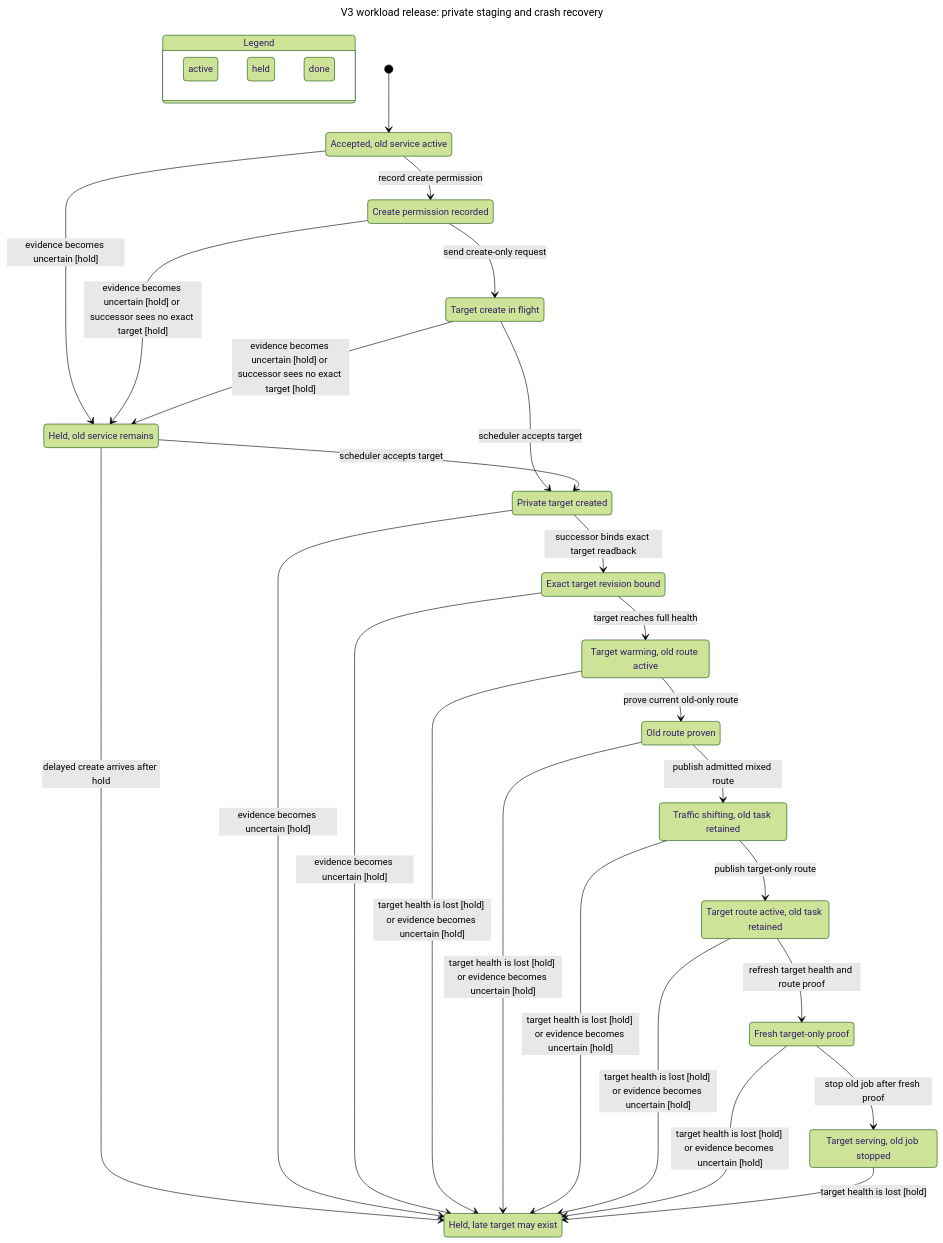
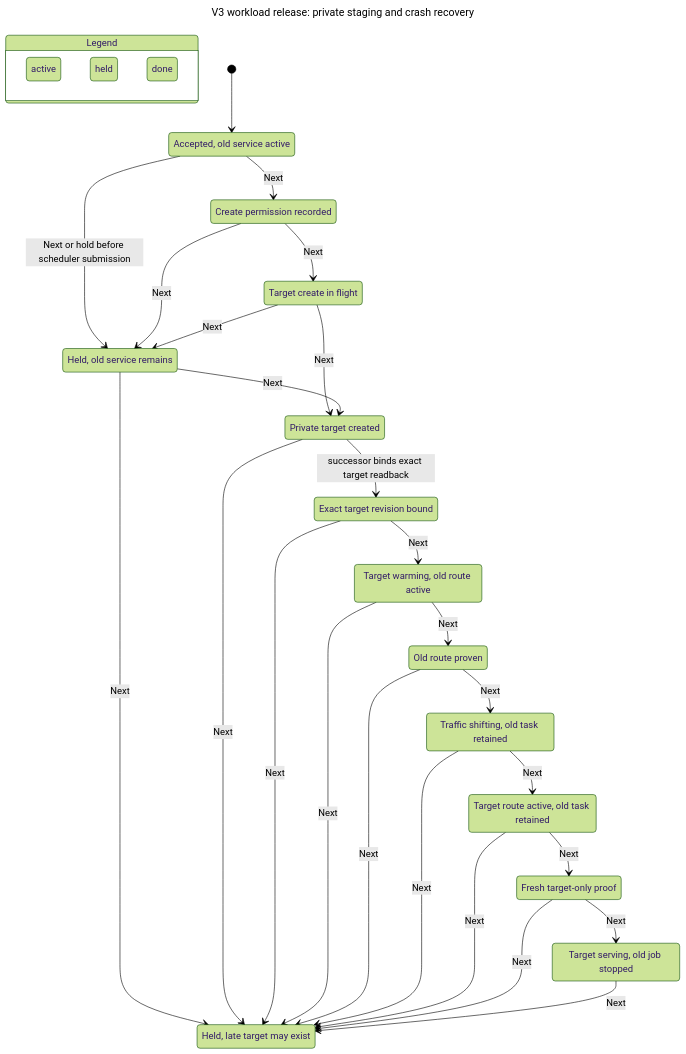
The diagram in docs/v3/statecharts/workload-release-admission/chart.mmd (antiartificial/norn), drawn with Mermaid (forest theme) before and after one commit. The commit also changed 6 other files, not shown here.

```diff
--- a/docs/v3/statecharts/workload-release-admission/chart.mmd
+++ b/docs/v3/statecharts/workload-release-admission/chart.mmd
@@ -1,62 +1,62 @@
 ---
 title: "V3 workload release: private staging and crash recovery"
 ---
 stateDiagram-v2
   state "Legend" as legend {
     lg0: active
     lg1: held
     lg2: done
   }
   class lg0 blue
   class lg1 orange
   class lg2 teal
   s0: Accepted, old service active
-  s1: Create permission recorded
-  s2: Held, old service remains
+  s1: Held, old service remains
+  s2: Create permission recorded
   s3: Target create in flight
   s4: Private target created
   s5: Held, late target may exist
   s6: Exact target revision bound
   s7: Target warming, old route active
   s8: Old route proven
   s9: Traffic shifting, old task retained
   s10: Target route active, old task retained
   s11: Fresh target-only proof
   s12: Target serving, old job stopped
   [*] --> s0
-  s0 --> s1: record create permission
-  s0 --> s2: evidence becomes uncertain [hold]
-  s1 --> s2: evidence becomes uncertain [hold] or successor sees no exact target [hold]
-  s1 --> s3: send create-only request
-  s3 --> s2: evidence becomes uncertain [hold] or successor sees no exact target [hold]
-  s3 --> s4: scheduler accepts target
-  s2 --> s4: scheduler accepts target
-  s2 --> s5: delayed create arrives after hold
-  s4 --> s5: evidence becomes uncertain [hold]
+  s0 --> s1: Next or hold before scheduler submission
+  s0 --> s2: Next
+  s2 --> s1: Next
+  s2 --> s3: Next
+  s3 --> s1: Next
+  s3 --> s4: Next
+  s1 --> s4: Next
+  s1 --> s5: Next
+  s4 --> s5: Next
   s4 --> s6: successor binds exact target readback
-  s6 --> s5: evidence becomes uncertain [hold]
-  s6 --> s7: target reaches full health
-  s7 --> s5: target health is lost [hold] or evidence becomes uncertain [hold]
-  s7 --> s8: prove current old-only route
-  s8 --> s5: target health is lost [hold] or evidence becomes uncertain [hold]
-  s8 --> s9: publish admitted mixed route
-  s9 --> s5: target health is lost [hold] or evidence becomes uncertain [hold]
-  s9 --> s10: publish target-only route
-  s10 --> s11: refresh target health and route proof
-  s10 --> s5: target health is lost [hold] or evidence becomes uncertain [hold]
-  s11 --> s5: target health is lost [hold] or evidence becomes uncertain [hold]
-  s11 --> s12: stop old job after fresh proof
-  s12 --> s5: target health is lost [hold]
+  s6 --> s5: Next
+  s6 --> s7: Next
+  s7 --> s5: Next
+  s7 --> s8: Next
+  s8 --> s5: Next
+  s8 --> s9: Next
+  s9 --> s5: Next
+  s9 --> s10: Next
+  s10 --> s11: Next
+  s10 --> s5: Next
+  s11 --> s5: Next
+  s11 --> s12: Next
+  s12 --> s5: Next
   class s0 blue
-  class s1 blue
-  class s2 orange
+  class s1 orange
+  class s2 blue
   class s3 blue
   class s4 blue
   class s5 orange
   class s6 blue
   class s7 blue
   class s8 blue
   class s9 blue
   class s10 blue
   class s11 blue
   class s12 teal
```
